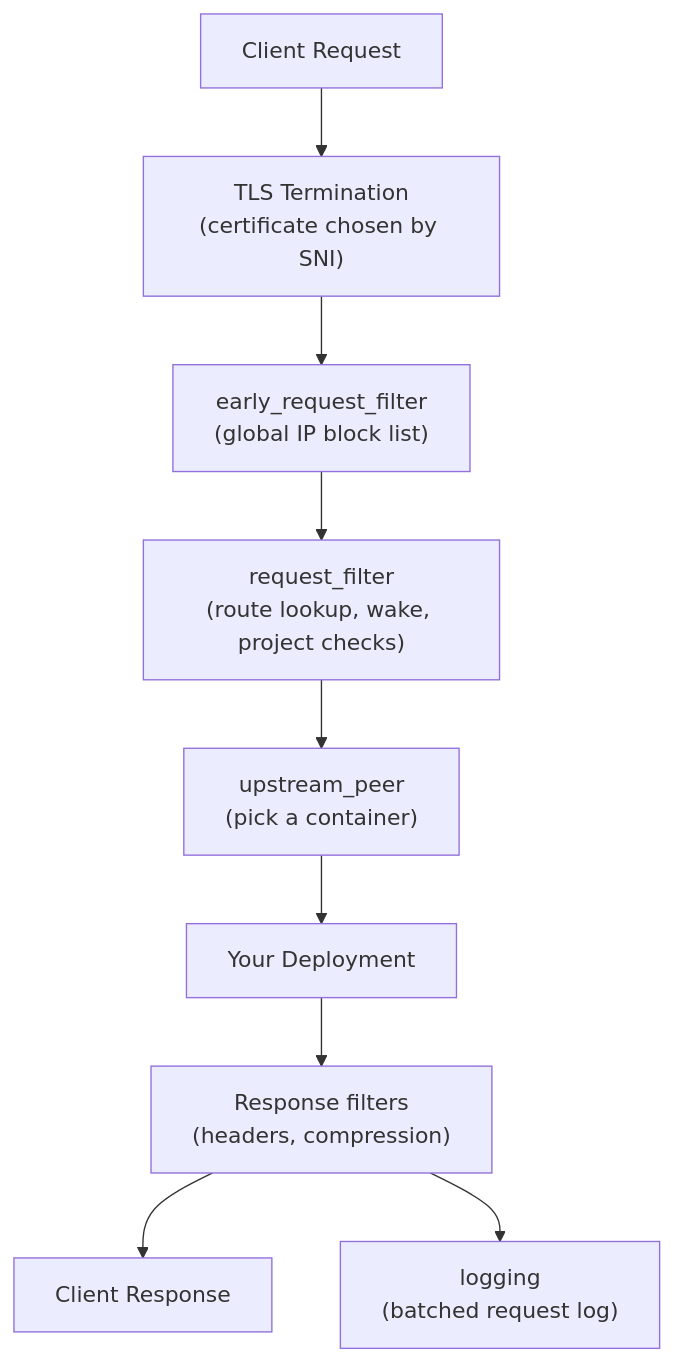
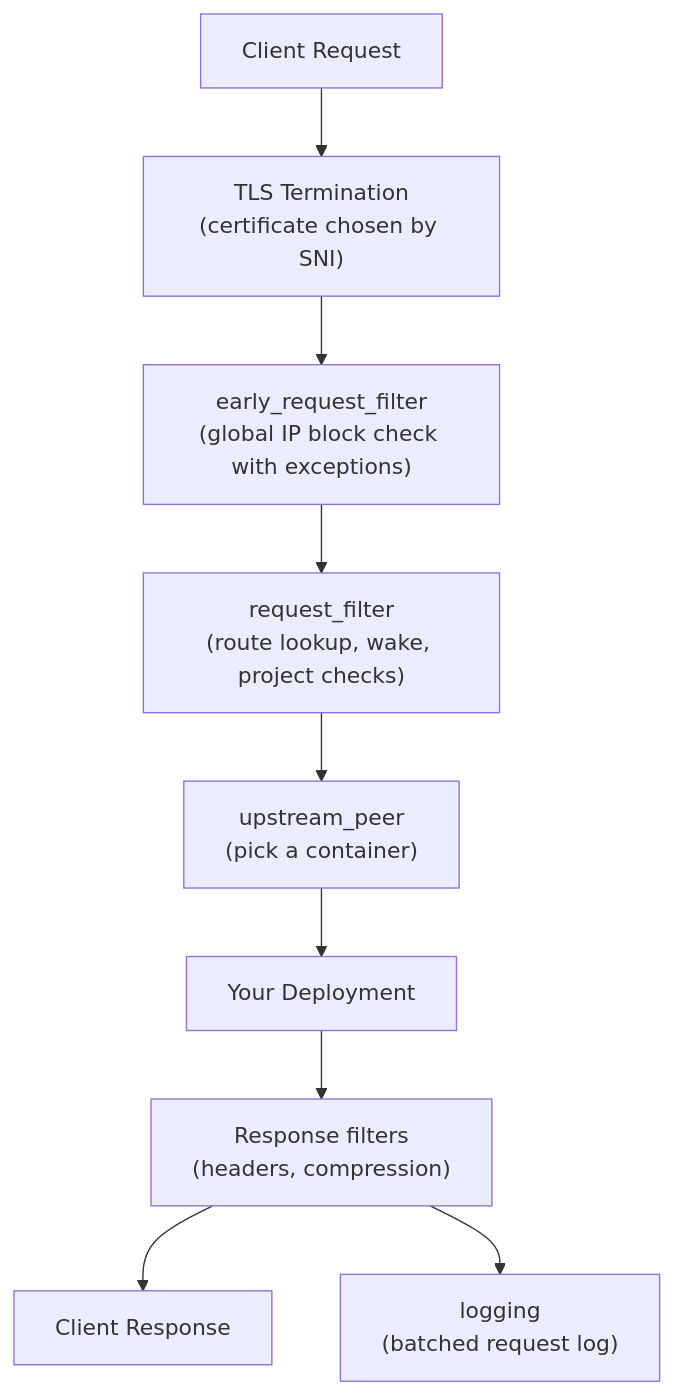
The first of 5 diagrams in docs/architecture/request-flow/page.mdx (clau1902/temps), drawn with Mermaid before and after one commit. The commit also changed other lines of this file, not shown here.

Commit message:
docs(request-flow): clarify IP block exceptions

````diff
--- a/docs/architecture/request-flow/page.mdx
+++ b/docs/architecture/request-flow/page.mdx
@@ -29,21 +29,21 @@
 ```mermaid
 graph TB
     Client["Client Request"]
     TLS["TLS Termination<br/>(certificate chosen by SNI)"]
-    Early["early_request_filter<br/>(global IP block list)"]
+    Early["early_request_filter<br/>(global IP block check with exceptions)"]
     Filter["request_filter<br/>(route lookup, wake, project checks)"]
     Peer["upstream_peer<br/>(pick a container)"]
     Upstream["Your Deployment"]
     Response["Response filters<br/>(headers, compression)"]
     Logging["logging<br/>(batched request log)"]
     Client2["Client Response"]
 
     Client --> TLS
     TLS --> Early
     Early --> Filter
     Filter --> Peer
     Peer --> Upstream
     Upstream --> Response
     Response --> Client2
     Response --> Logging
 ```
````
